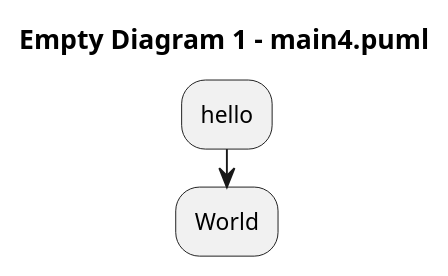
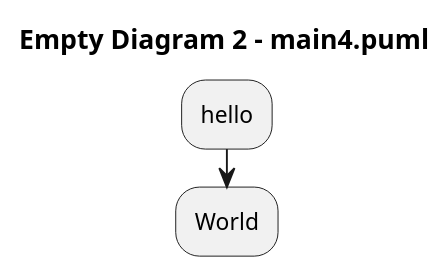
One commit to arwenvaughan/test1 changed the diagram in main4.puml. Above: the diagram before and after it, drawn with PlantUML.

Commit message:
PlantText Commit: 2.

```diff
--- a/main4.puml
+++ b/main4.puml
@@ -1,7 +1,7 @@
 @startuml
 
-title Empty Diagram 1 - main4.puml
+title Empty Diagram 2 - main4.puml
 :hello;
 :World;
 
 @enduml
```
